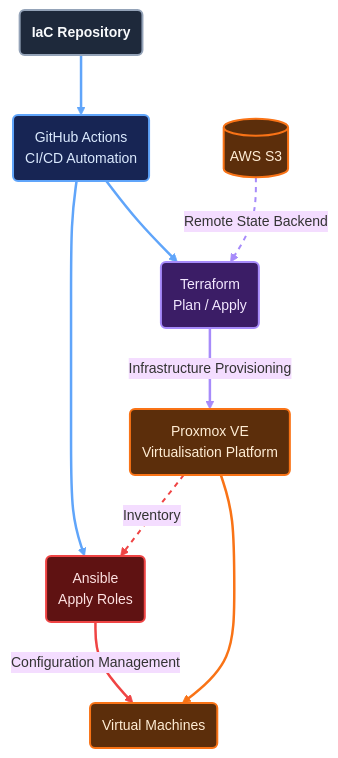
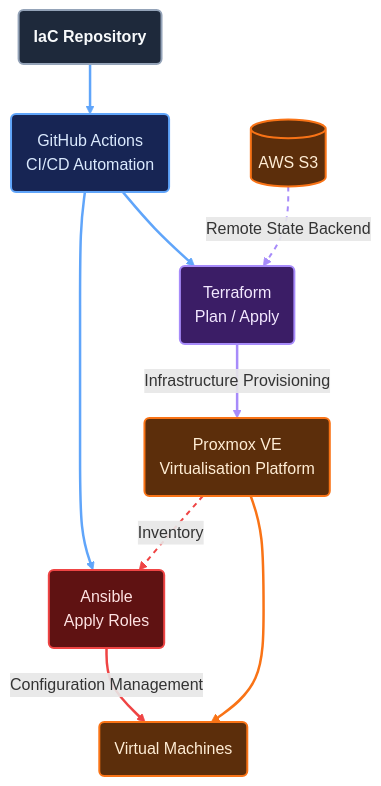
The diagram in README.md (rauland/iac), drawn with Mermaid before and after one commit.

````diff
--- a/README.md
+++ b/README.md
@@ -10,64 +10,63 @@
 ```mermaid
 %%{init: {
   "theme": "base",
   "themeVariables": {
     "background": "#0B1120",
     "fontFamily": "Inter, Arial, sans-serif",
     "fontSize": "14px",
     "lineColor": "#64748B",
     "textColor": "#080c11",
     "clusterBkg": "#111827",
     "clusterBorder": "#334155"
   },
   "flowchart": {
     "htmlLabels": true,
     "curve": "basis",
     "nodeSpacing": 45,
     "rankSpacing": 60,
-    "padding": 12
   }
 }}%%
 
 graph TD
     repo("<b>IaC Repository")
     actions("GitHub Actions<br/>CI/CD Automation")
     tf("Terraform<br/>Plan / Apply")
     s3[("AWS S3")]
     pve("Proxmox VE<br/>Virtualisation Platform")
     ansible("Ansible<br/>Apply Roles")
     vms("Virtual Machines")
 
     repo --> actions
     actions --> tf
     actions --> ansible
     s3 -->|Remote State Backend| tf
     tf -->|Infrastructure Provisioning| pve
     pve --> vms
     pve -->|Inventory| ansible
     ansible -->|Configuration Management| vms
 
     classDef source fill:#1E293B,stroke:#94A3B8,color:#F8FAFC,stroke-width:2px
     classDef cicd fill:#172554,stroke:#60A5FA,color:#DBEAFE,stroke-width:2px
     classDef terraform fill:#3B1D66,stroke:#A78BFA,color:#F3E8FF,stroke-width:2px
     classDef ansible fill:#5F1212,stroke:#EF4444,color:#FEE2E2,stroke-width:2px
     classDef infra fill:#5C2E0B,stroke:#F97316,color:#FFEDD5,stroke-width:2px
     classDef compute fill:#1F2937,stroke:#64748B,color:#F8FAFC,stroke-width:2px
 
     class repo source
     class actions cicd
     class tf terraform
     class ansible ansible
     class pve infra
     class s3 infra
     class vms infra
 
     linkStyle 0 stroke:#60A5FA,stroke-width:2.5px
     linkStyle 1 stroke:#60A5FA,stroke-width:2.5px
     linkStyle 2 stroke:#60A5FA,stroke-width:2.5px
     linkStyle 3 stroke:#A78BFA,stroke-width:2px,stroke-dasharray:5 5
     linkStyle 4 stroke:#A78BFA,stroke-width:2.5px
     linkStyle 5 stroke:#F97316,stroke-width:2.5px
     linkStyle 6 stroke:#EF4444,stroke-width:2px,stroke-dasharray:5 5
     linkStyle 7 stroke:#EF4444,stroke-width:2.5px
 
 ```
````
